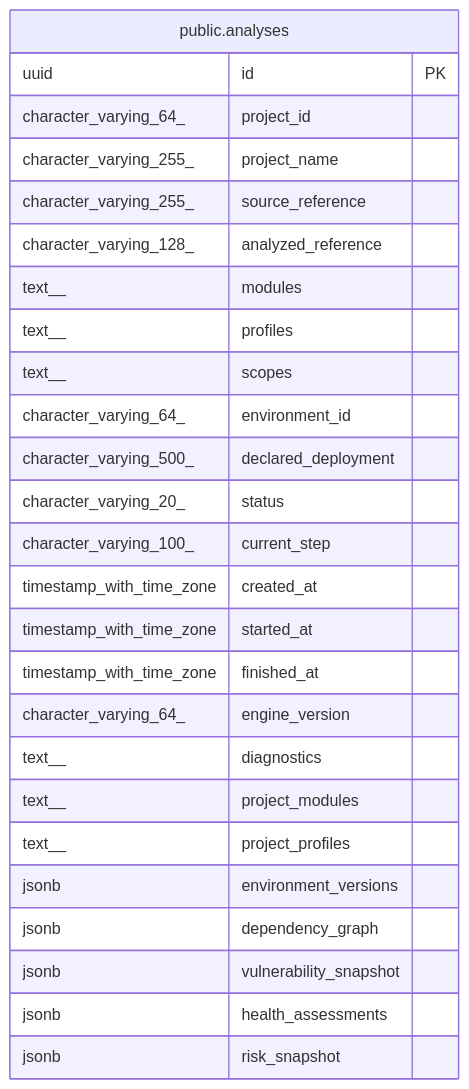
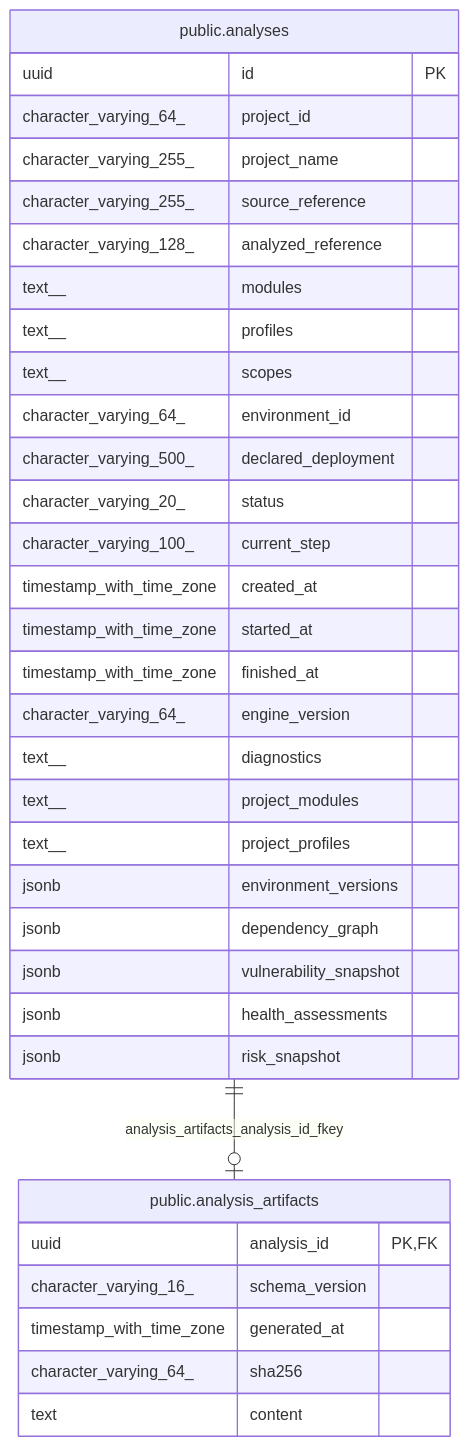
The first of 4 diagrams in README.md (Durdenxito/smartsca), drawn with Mermaid before and after one commit. The commit also changed other lines of this file, not shown here.

````diff
--- a/README.md
+++ b/README.md
@@ -50,29 +65,37 @@
 ```mermaid
 erDiagram
   t0["public.analyses"] {
     uuid id PK
     character_varying_64_ project_id
     character_varying_255_ project_name
     character_varying_255_ source_reference
     character_varying_128_ analyzed_reference
     text__ modules
     text__ profiles
     text__ scopes
     character_varying_64_ environment_id
     character_varying_500_ declared_deployment
     character_varying_20_ status
     character_varying_100_ current_step
     timestamp_with_time_zone created_at
     timestamp_with_time_zone started_at
     timestamp_with_time_zone finished_at
     character_varying_64_ engine_version
     text__ diagnostics
     text__ project_modules
     text__ project_profiles
     jsonb environment_versions
     jsonb dependency_graph
     jsonb vulnerability_snapshot
     jsonb health_assessments
     jsonb risk_snapshot
   }
+  t1["public.analysis_artifacts"] {
+    uuid analysis_id PK,FK
+    character_varying_16_ schema_version
+    timestamp_with_time_zone generated_at
+    character_varying_64_ sha256
+    text content
+  }
+  t0 ||--o| t1 : "analysis_artifacts_analysis_id_fkey"
 ```
````
